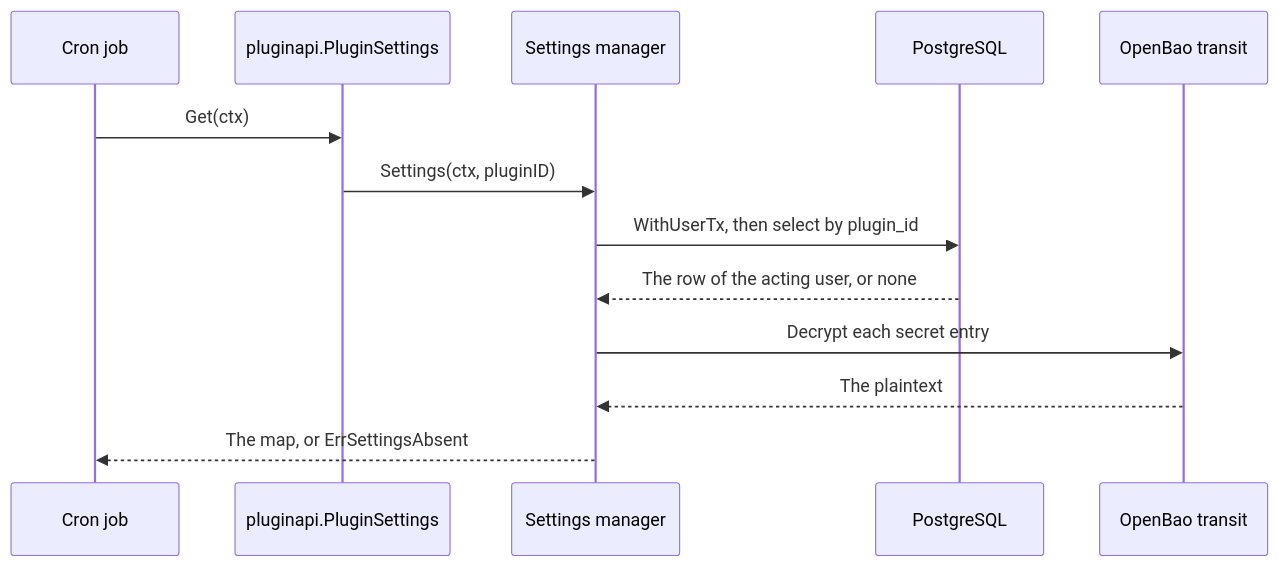
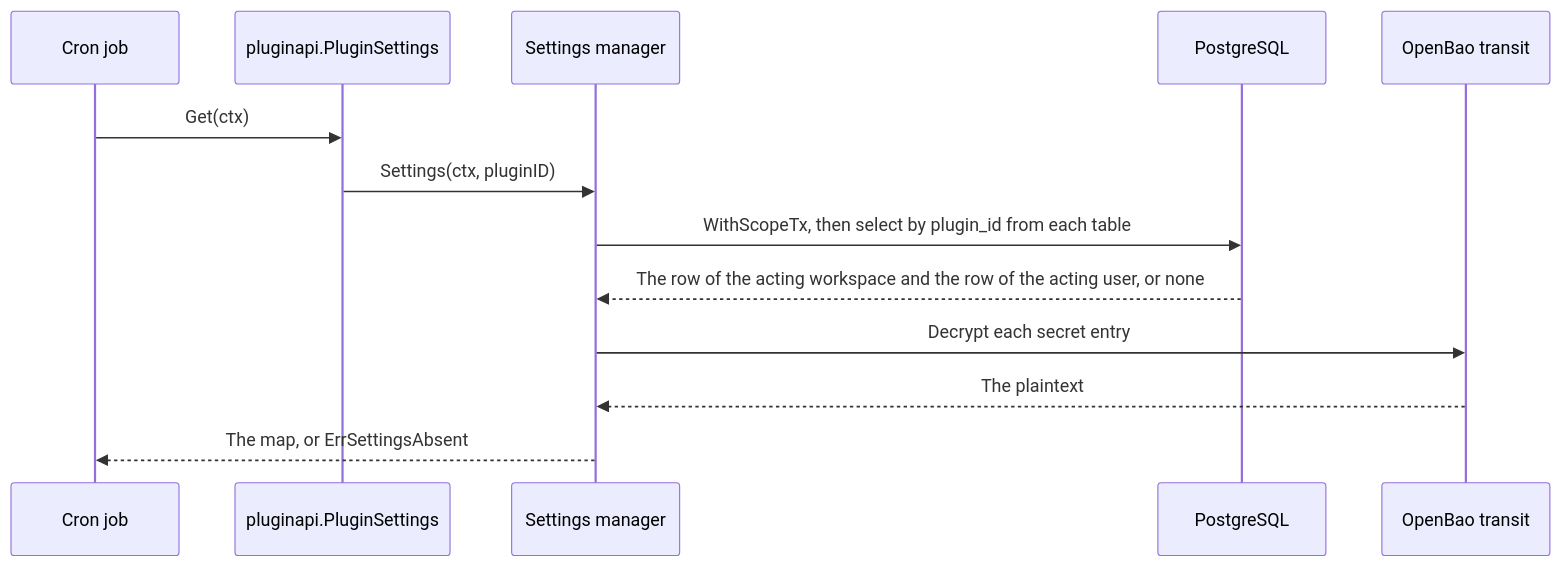
One commit to ABGEO/maroid changed the second of 2 diagrams in specs/features/pset/spec.md. Above: the diagram before and after it, drawn with Mermaid. The commit also changed other lines of this file and 38 other files, not shown here.

Commit message:
docs(specs): make the workspace the tenant of every plugin row

````diff
--- a/specs/features/pset/spec.md
+++ b/specs/features/pset/spec.md
@@ -351,15 +387,15 @@
 ```mermaid
 sequenceDiagram
     participant J as Cron job
     participant PS as pluginapi.PluginSettings
     participant S as Settings manager
     participant P as PostgreSQL
     participant B as OpenBao transit
     J->>PS: Get(ctx)
     PS->>S: Settings(ctx, pluginID)
-    S->>P: WithUserTx, then select by plugin_id
-    P-->>S: The row of the acting user, or none
+    S->>P: WithScopeTx, then select by plugin_id from each table
+    P-->>S: The row of the acting workspace and the row of the acting user, or none
     S->>B: Decrypt each secret entry
     B-->>S: The plaintext
     S-->>J: The map, or ErrSettingsAbsent
 ```
````
